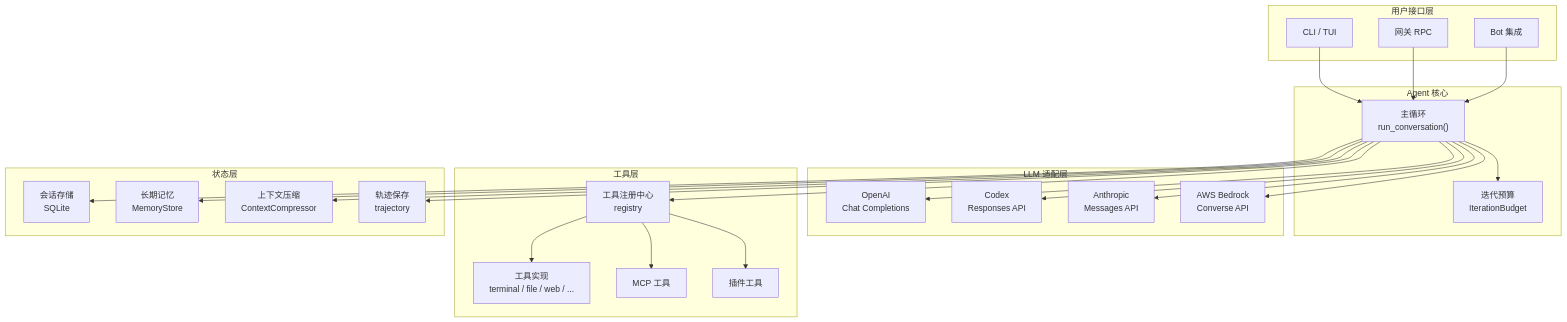
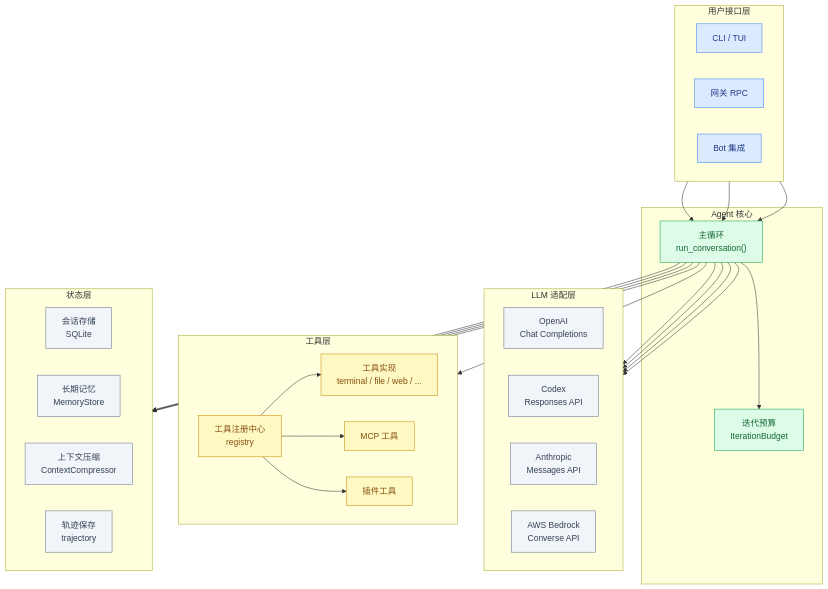
The second of 2 diagrams in chapters/part1/index.rst (pty819/hermes-docs), drawn with Mermaid before and after one commit. The commit also changed other lines of this file and 27 other files, not shown here.

```diff
--- a/chapters/part1/index.rst
+++ b/chapters/part1/index.rst
@@ -270,54 +273,71 @@
 .. mermaid::
+   :name: agent-architecture-overview
+   :caption: 通用 Agent 架构全景
 
-   graph TB
-       subgraph "用户接口层"
+   flowchart TB
+       classDef start fill:#dbeafe,stroke:#3b82f6,color:#1e3a8a
+       classDef success fill:#dcfce7,stroke:#16a34a,color:#166534
+       classDef warn fill:#fef9c3,stroke:#ca8a04,color:#854d0e
+       classDef info fill:#f1f5f9,stroke:#64748b,color:#334155
+
+       subgraph UI["用户接口层"]
+           direction LR
            CLI["CLI / TUI"]
            GW["网关 RPC"]
            BOT["Bot 集成"]
        end
-   
-       subgraph "Agent 核心"
+
+       subgraph CORE["Agent 核心"]
            LOOP["主循环<br/>run_conversation()"]
            BUDGET["迭代预算<br/>IterationBudget"]
        end
-   
-       subgraph "LLM 适配层"
+
+       subgraph LLM["LLM 适配层"]
+           direction LR
            OPENAI["OpenAI<br/>Chat Completions"]
            CODEX["Codex<br/>Responses API"]
            ANTHRO["Anthropic<br/>Messages API"]
            BEDROCK["AWS Bedrock<br/>Converse API"]
        end
-   
-       subgraph "工具层"
+
+       subgraph TOOLLAYER["工具层"]
+           direction LR
            REG["工具注册中心<br/>registry"]
            TOOLS["工具实现<br/>terminal / file / web / ..."]
            MCP["MCP 工具"]
            PLUGINS["插件工具"]
        end
-   
-       subgraph "状态层"
+
+       subgraph STATE["状态层"]
+           direction LR
            SESSION["会话存储<br/>SQLite"]
            MEMORY["长期记忆<br/>MemoryStore"]
            COMPRESS["上下文压缩<br/>ContextCompressor"]
            TRAJ["轨迹保存<br/>trajectory"]
        end
-   
+
        CLI --> LOOP
        GW --> LOOP
        BOT --> LOOP
-   
+
        LOOP --> BUDGET
        LOOP --> OPENAI
        LOOP --> CODEX
        LOOP --> ANTHRO
        LOOP --> BEDROCK
-   
+
        LOOP --> REG
        REG --> TOOLS
        REG --> MCP
        REG --> PLUGINS
-   
+
        LOOP --> SESSION
        LOOP --> MEMORY
        LOOP --> COMPRESS
        LOOP --> TRAJ
+
+       class CLI,GW,BOT start
+       class LOOP,BUDGET success
+       class OPENAI,CODEX,ANTHRO,BEDROCK info
+       class REG,TOOLS,MCP,PLUGINS warn
+       class SESSION,MEMORY,COMPRESS,TRAJ info
```
